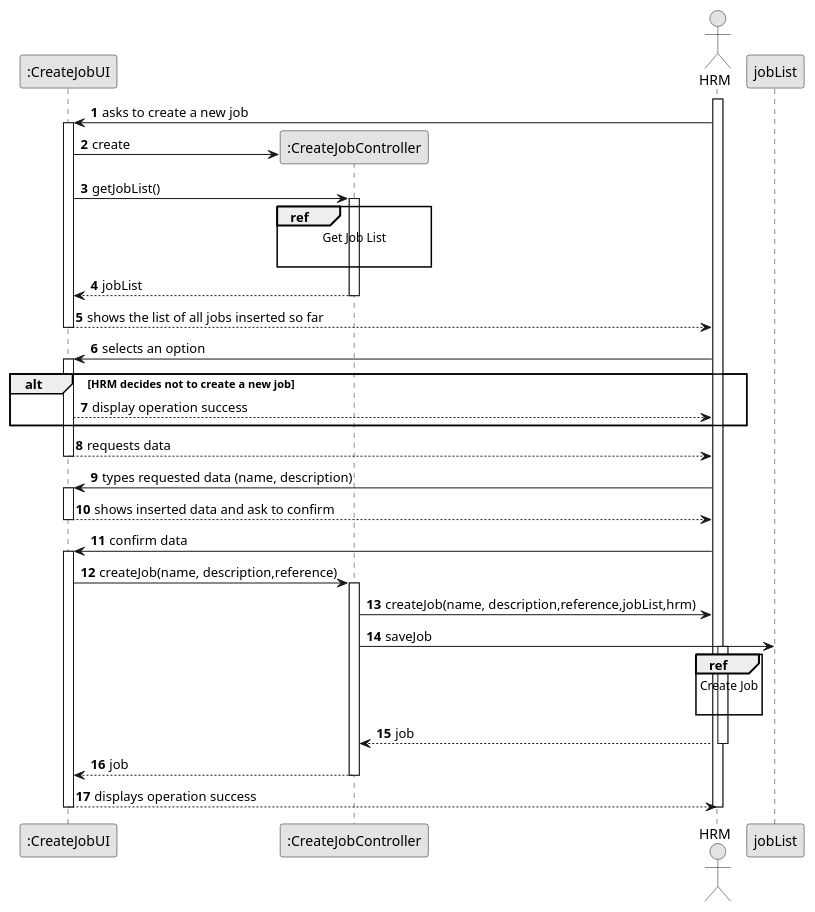
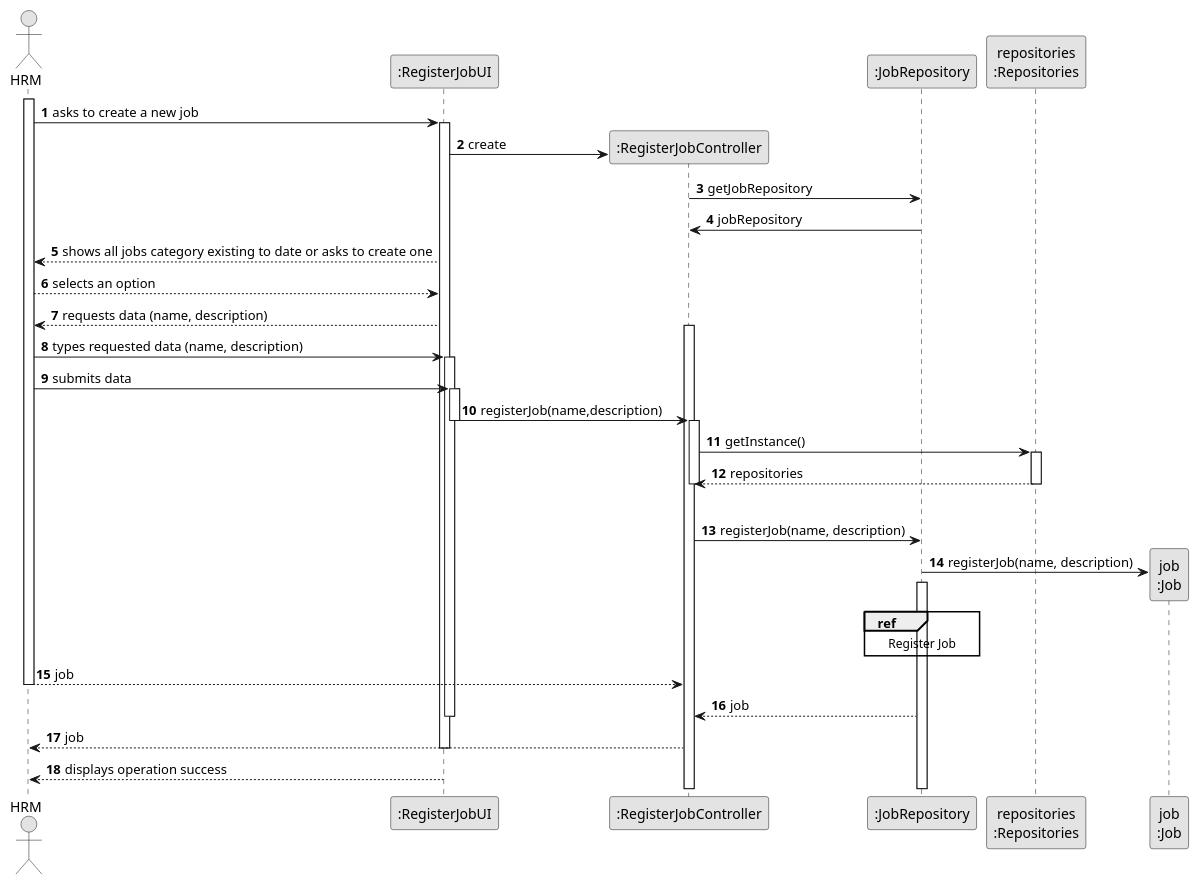
Before and after one commit to daniel41silva05/ISEP_2023_2024_LAPR2: the diagram in docs/sprintA&B/us002/03.design/puml/us002-sequence-diagram-split.puml, drawn with PlantUML. The commit also changed 9 other files, not shown here.

```diff
--- a/docs/sprintA&B/us002/03.design/puml/us002-sequence-diagram-split.puml
+++ b/docs/sprintA&B/us002/03.design/puml/us002-sequence-diagram-split.puml
@@ -1,100 +1,90 @@
 @startuml
 skinparam monochrome true
 skinparam packageStyle rectangle
 skinparam shadowing false
 
+
 autonumber
 
 'hide footbox
+
 actor "HRM" as HRM
-participant ":CreateJobUI" as UI
-participant ":CreateJobController" as CTRL
-participant "hrm\n:HRM" as HRM
-participant "jobList" as LIST
+participant ":RegisterJobUI" as UI
+participant ":RegisterJobController" as CTRL
+participant ":JobRepository" as JOBS
+participant "repositories\n:Repositories" as PLAT
+participant "job\n:Job" as JOB
 
 activate HRM
 
-    HRM -> UI : asks to create a new job
+        HRM -> UI : asks to create a new job
 
-    activate UI
+        activate UI
 
-        UI -> CTRL** : create
-        UI -> CTRL : getJobList()
-        ref over CTRL
-            Get Job List
+            create CTRL
+            UI -> CTRL** : create
 
-        end ref
+            CTRL -> JOBS : getJobRepository
 
-        activate CTRL
+            JOBS -> CTRL : jobRepository
 
-            CTRL --> UI : jobList
-        deactivate CTRL
+            UI --> HRM : shows all jobs category existing to date or asks to create one
 
-        UI --> HRM : shows the list of all jobs inserted so far
-    deactivate UI
+            HRM --> UI : selects an option
 
-    HRM -> UI : selects an option
-    activate UI
+            UI --> HRM : requests data (name, description)
 
-    alt HRM decides not to create a new job
-        UI --> HRM : display operation success
-    end
+            activate CTRL
 
-        UI --> HRM : requests data
-    deactivate UI
 
     HRM -> UI : types requested data (name, description)
     activate UI
 
-        UI --> HRM : shows inserted data and ask to confirm
-    deactivate UI
 
-    HRM -> UI : confirm data
+    HRM -> UI : submits data
     activate UI
 
-        UI -> CTRL : createJob(name, description,reference)
+        UI -> CTRL : registerJob(name,description)
+        deactivate UI
         activate CTRL
 
-'            CTRL -> CTRL : getTaskCategoryByDescription(taskCategoryDescription)
+'            CTRL -> CTRL : getJobCategoryByDescription(taskCategoryDescription)
 '            activate CTRL
 
-'                ref over CTRL
-'                    Get Job List
+                CTRL -> PLAT : getInstance()
+                activate PLAT
+
+                    PLAT --> CTRL: repositories
+                deactivate PLAT
+
 '
-'                end ref
+            deactivate CTRL
 
-'                CTRL --> CTRL : jobList
-'            deactivate CTRL
 
-'            CTRL -> CTRL : getEmployeeFromSession()
-'            activate CTRL
+            |||
+            CTRL -> JOBS: registerJob(name, description)
 
-'                ref over CTRL
-'                    Get Employee
+                JOBS -> JOB**: registerJob(name, description)
 
-'                end ref
-'                CTRL -> CTRL : employee
-'            deactivate CTRL
-
-            CTRL -> HRM: createJob(name, description,reference,jobList,hrm)
-
-            CTRL -> LIST : saveJob
-
-            activate HRM
-
-                ref over HRM
-                    Create Job
-
-                end
+            activate JOBS
+            ref over JOBS
+                Register Job
+            end ref
 
                 HRM --> CTRL : job
+
             deactivate HRM
 
-            CTRL --> UI: job
-            deactivate CTRL
+            JOBS --> CTRL: job
+            deactivate UI
+
+            CTRL --> HRM: job
+                        deactivate UI
+
+
             UI --> HRM: displays operation success
     deactivate UI
 
 deactivate HRM
 
 @enduml
```
